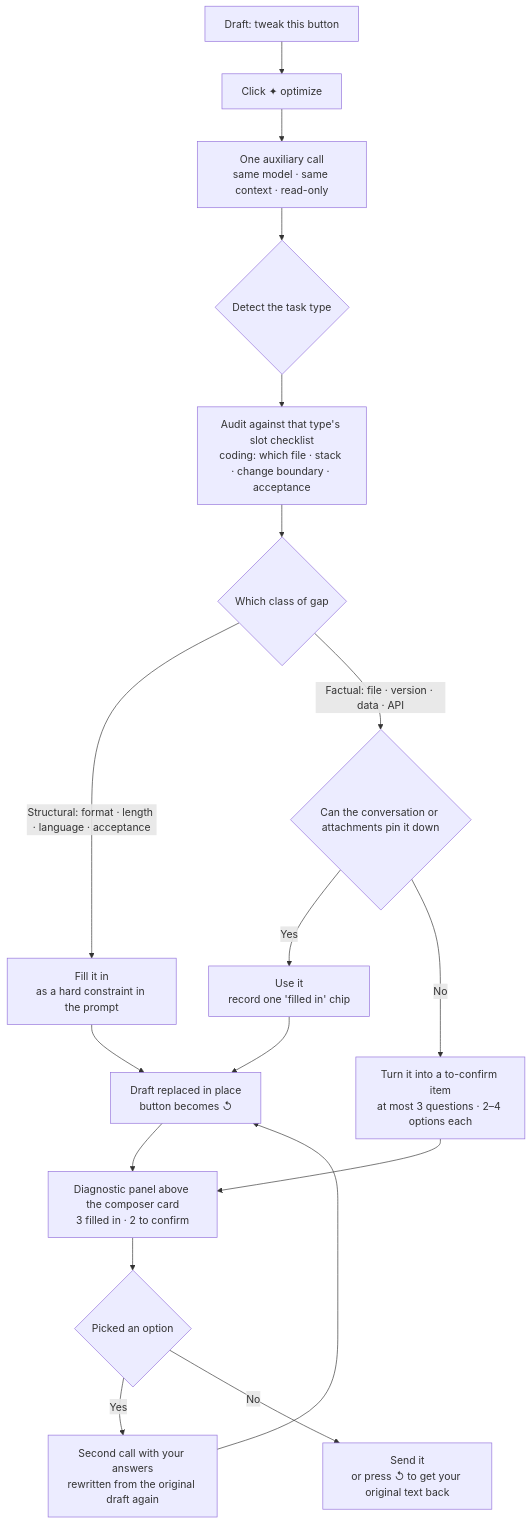
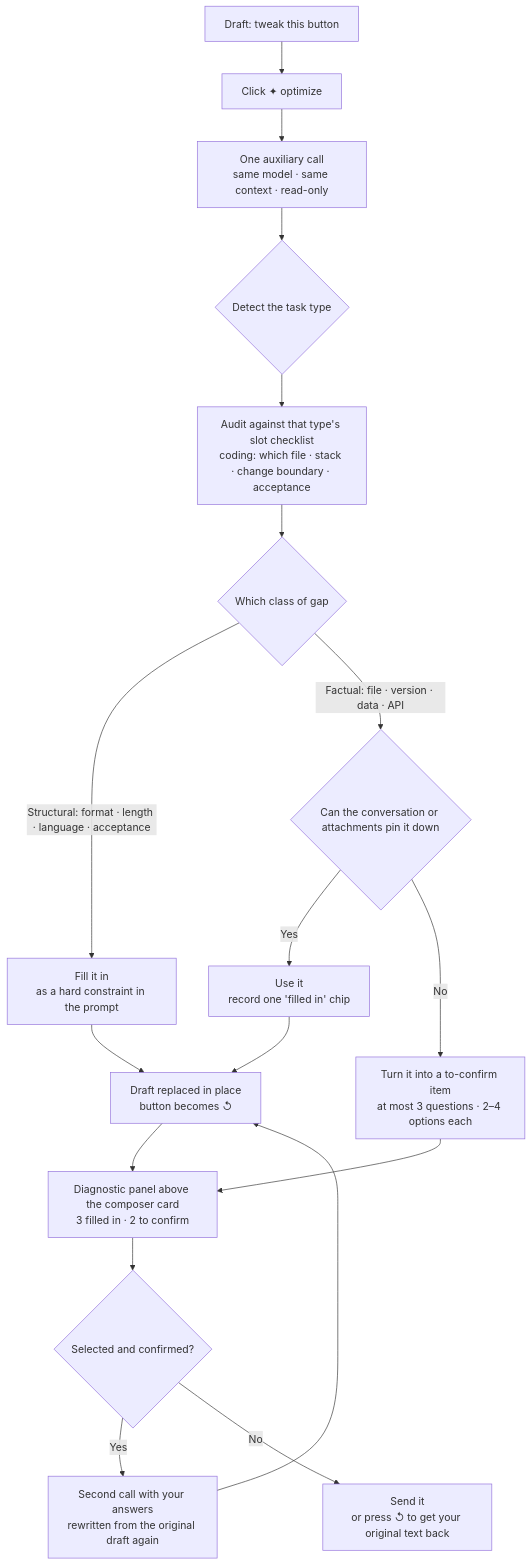
The diagram in README.en.md (nolodjska/dsh-prompt-polish), drawn with Mermaid before and after one commit. The commit also changed other lines of this file and 6 other files, not shown here.

````diff
--- a/README.en.md
+++ b/README.en.md
@@ -7,20 +7,20 @@
 ```mermaid
 flowchart TD
     DRAFT["Draft: tweak this button"] --> CLICK["Click ✦ optimize"]
     CLICK --> CALL["One auxiliary call<br/>same model · same context · read-only"]
     CALL --> TYPE{"Detect the task type"}
     TYPE --> AUDIT["Audit against that type's slot checklist<br/>coding: which file · stack · change boundary · acceptance"]
     AUDIT --> GAP{"Which class of gap"}
     GAP -->|"Structural: format · length · language · acceptance"| FILL["Fill it in<br/>as a hard constraint in the prompt"]
     GAP -->|"Factual: file · version · data · API"| KNOWN{"Can the conversation or attachments pin it down"}
     KNOWN -->|"Yes"| USE["Use it<br/>record one 'filled in' chip"]
     KNOWN -->|"No"| ASK["Turn it into a to-confirm item<br/>at most 3 questions · 2–4 options each"]
     FILL --> WRITE["Draft replaced in place<br/>button becomes ↺"]
     USE --> WRITE
     WRITE --> PANEL["Diagnostic panel above the composer card<br/>3 filled in · 2 to confirm"]
     ASK --> PANEL
-    PANEL --> PICK{"Picked an option"}
+    PANEL --> PICK{"Selected and confirmed?"}
     PICK -->|"Yes"| AGAIN["Second call with your answers<br/>rewritten from the original draft again"]
     AGAIN --> WRITE
     PICK -->|"No"| SEND["Send it<br/>or press ↺ to get your original text back"]
 ```
````
